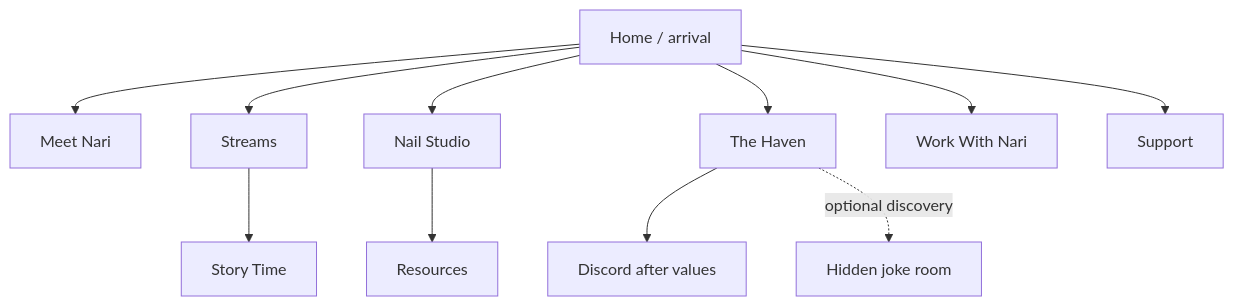
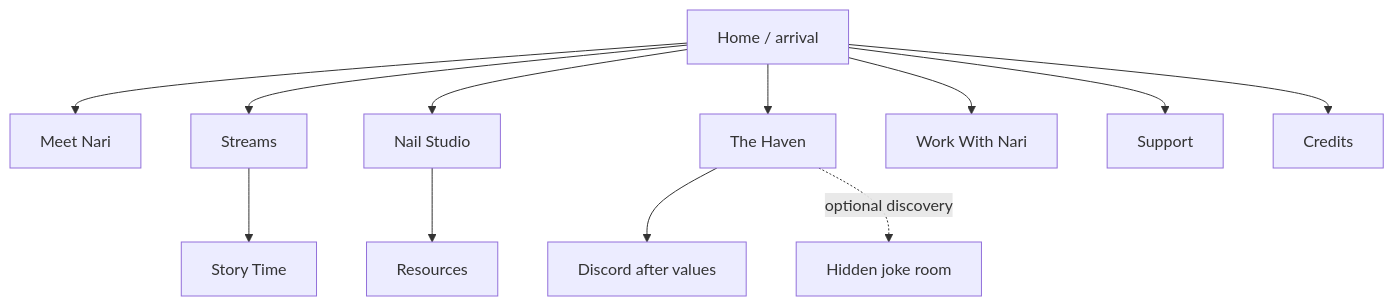
Before and after one commit to SomberKrow/NariNuna: the diagram in docs/02_INFORMATION_ARCHITECTURE_AND_USER_JOURNEYS.md, drawn with Mermaid. The commit also changed other lines of this file and 39 other files, not shown here.

````diff
--- a/docs/02_INFORMATION_ARCHITECTURE_AND_USER_JOURNEYS.md
+++ b/docs/02_INFORMATION_ARCHITECTURE_AND_USER_JOURNEYS.md
@@ -37,13 +38,14 @@
 ```mermaid
 flowchart TD
   H["Home / arrival"] --> N["Meet Nari"]
   H --> S["Streams"]
   H --> NS["Nail Studio"]
   H --> V["The Haven"]
   V --> D["Discord after values"]
   V -. optional discovery .-> P["Hidden joke room"]
   H --> W["Work With Nari"]
   S --> ST["Story Time"]
   NS --> R["Resources"]
   H --> U["Support"]
+  H --> C["Credits"]
 ```
````
